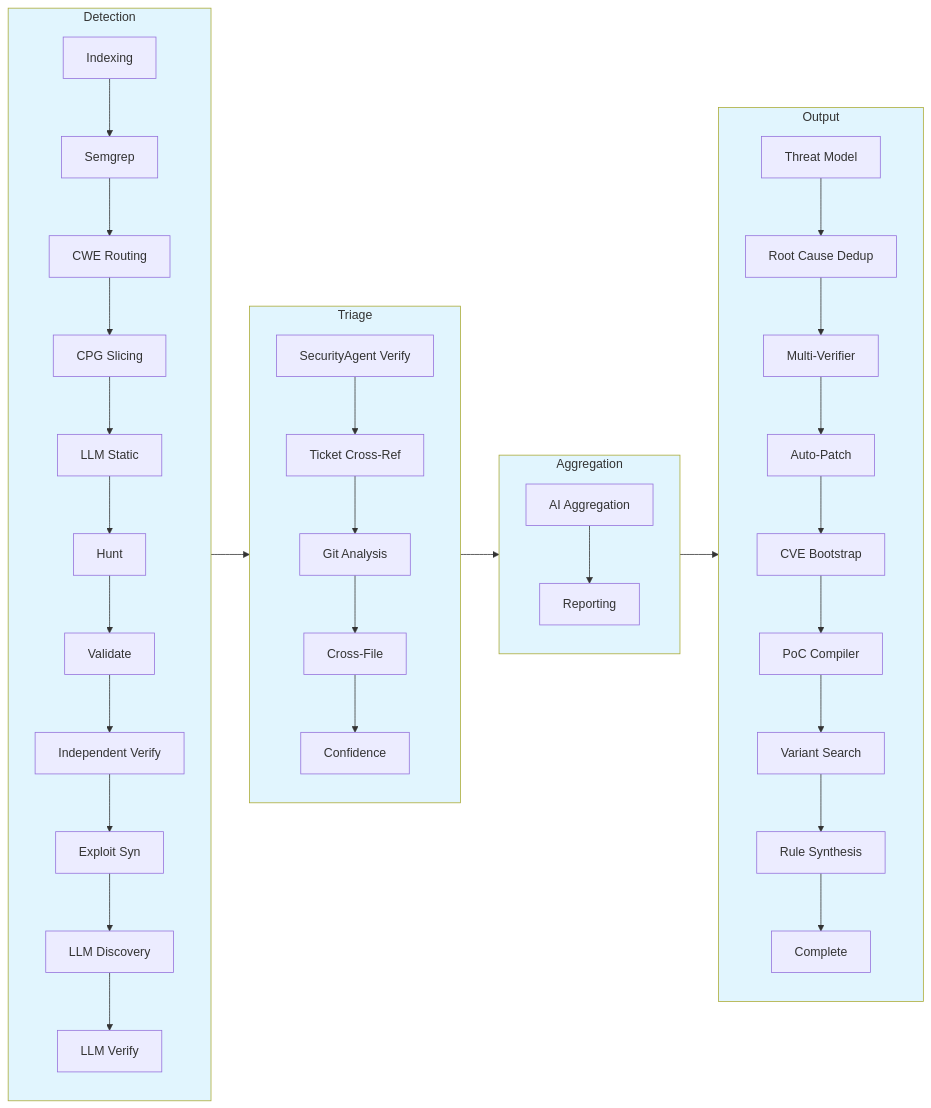
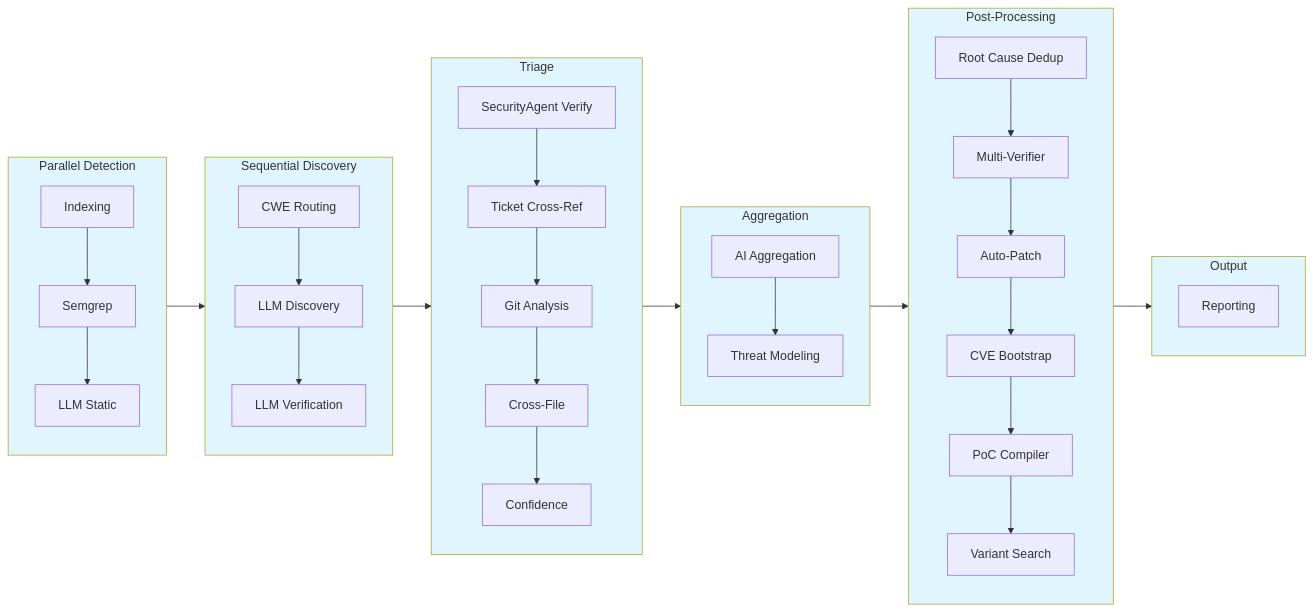
Before and after one commit to CodeAtCode/baco-scanner: the diagram in docs/architecture.md, drawn with Mermaid. The commit also changed other lines of this file and 28 other files, not shown here.

````diff
--- a/docs/architecture.md
+++ b/docs/architecture.md
@@ -53,37 +50,46 @@
 ```mermaid
 flowchart LR
-    subgraph Detection["Detection"]
+    subgraph Parallel["Parallel Detection"]
         direction TB
-        A1[Indexing] --> A2[Semgrep] --> A3[CWE Routing] --> A4[CPG Slicing]
-        A4 --> A5[LLM Static] --> A6[Hunt] --> A7[Validate]
-        A7 --> A8[Independent Verify] --> A9[Exploit Syn] --> A10[LLM Discovery]
-        A10 --> A11[LLM Verify]
+        A1[Indexing] --> A2[Semgrep] --> A3[LLM Static]
+    end
+
+    subgraph Discovery["Sequential Discovery"]
+        direction TB
+        B1[CWE Routing] --> B2[LLM Discovery] --> B3[LLM Verification]
     end
 
     subgraph Triage["Triage"]
         direction TB
-        B1[SecurityAgent Verify] --> B2[Ticket Cross-Ref] --> B3[Git Analysis]
-        B3 --> B4[Cross-File] --> B5[Confidence]
+        C1[SecurityAgent Verify] --> C2[Ticket Cross-Ref] --> C3[Git Analysis] --> C4[Cross-File] --> C5[Confidence]
     end
 
     subgraph Aggregation["Aggregation"]
         direction TB
-        C1[AI Aggregation] --> C2[Reporting]
+        D1[AI Aggregation] --> D2[Threat Modeling]
+    end
+
+    subgraph PostProcessing["Post-Processing"]
+        direction TB
+        E1[Root Cause Dedup] --> E2[Multi-Verifier] --> E3[Auto-Patch] --> E4[CVE Bootstrap] --> E5[PoC Compiler] --> E6[Variant Search]
     end
 
     subgraph Output["Output"]
         direction TB
-        D1[Threat Model] --> D2[Root Cause Dedup] --> D3[Multi-Verifier]
-        D3 --> D4[Auto-Patch] --> D5[CVE Bootstrap]
-        D5 --> D6[PoC Compiler] --> D7[Variant Search]
-        D7 --> D8[Rule Synthesis] --> D9[Complete]
+        F1[Reporting]
     end
 
-    Detection --> Triage --> Aggregation --> Output
+    A3 --> B1
+    B3 --> C1
+    C5 --> D1
+    D2 --> E1
+    E6 --> F1
 
-    classDef detection fill:#e1f5fe
-    classDef triage fill:#fff3e0
-    classDef aggregation fill:#f3e5f5
-    classDef output fill:#e8f5e9
-    class Detection,Triage,Aggregation,Output detection
+    classDef parallel fill:#e1f5fe
+    classDef discovery fill:#fff3e0
+    classDef triage fill:#f3e5f5
+    classDef aggregation fill:#e8f5e9
+    classDef postproc fill:#fce4ec
+    classDef output fill:#eceff1
+    class Parallel,Discovery,Triage,Aggregation,PostProcessing,Output parallel
 ```
````
